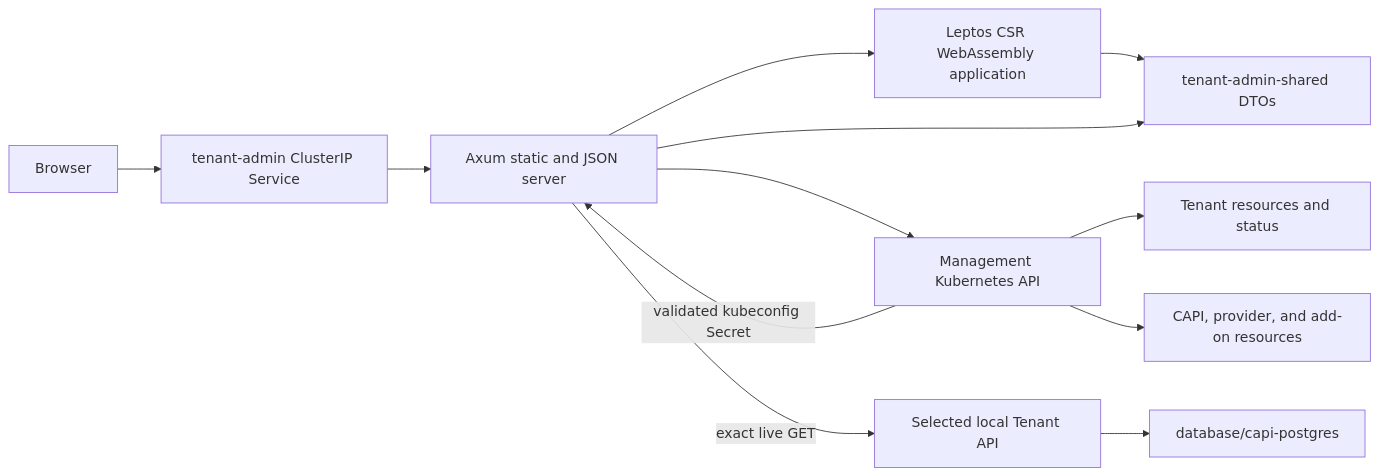
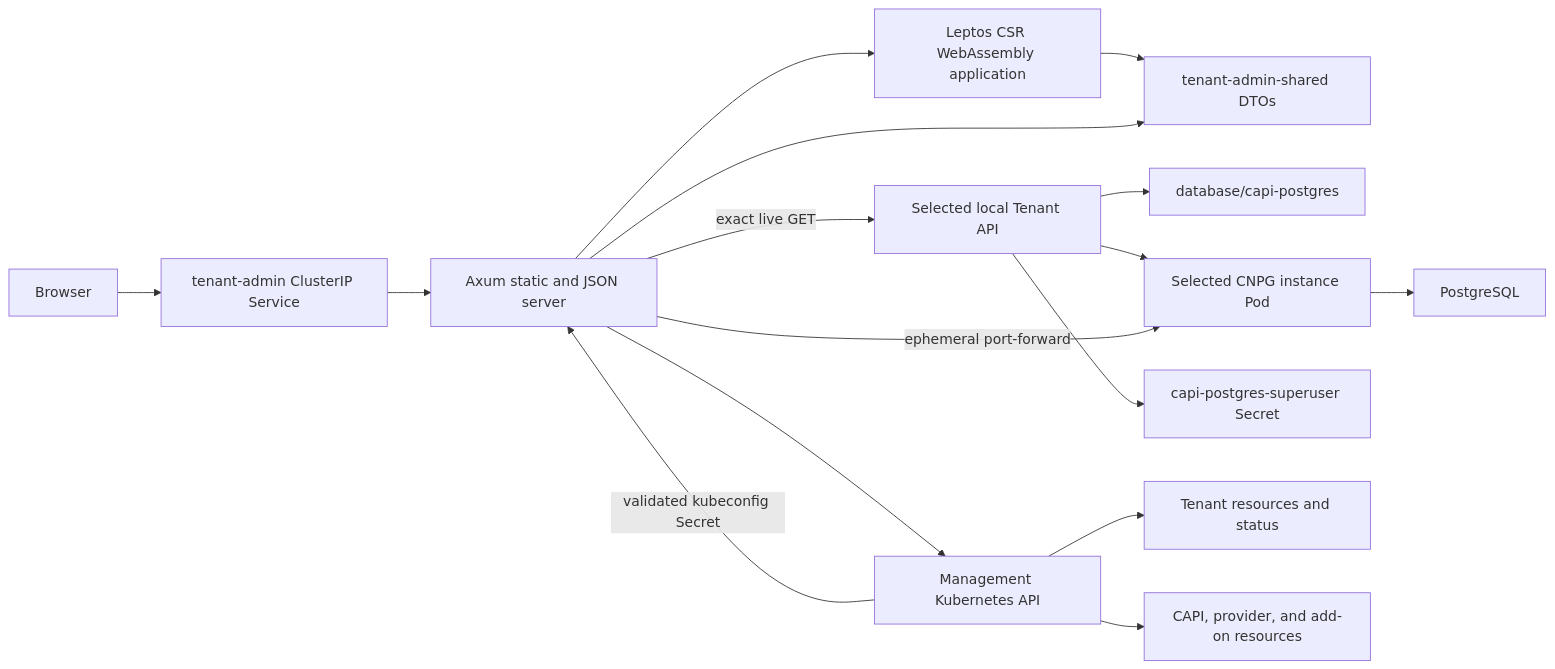
One commit to youyuanwu/cnpg-vcluster changed the diagram in capi/docs/admin-ui-design.md. Above: the diagram before and after it, drawn with Mermaid. The commit also changed other lines of this file and 34 other files, not shown here.

Commit message:
Add unsafe CNPG admin SQL console (#31)

````diff
--- a/capi/docs/admin-ui-design.md
+++ b/capi/docs/admin-ui-design.md
@@ -26,24 +38,30 @@
 ```mermaid
 flowchart LR
   Browser[Browser]
   Service[tenant-admin ClusterIP Service]
   Axum[Axum static and JSON server]
   Leptos[Leptos CSR WebAssembly application]
   DTO[tenant-admin-shared DTOs]
   Kube[Management Kubernetes API]
   TenantAPI[Selected local Tenant API]
   CNPG[database/capi-postgres]
+  Pod[Selected CNPG instance Pod]
+  Secret[capi-postgres-superuser Secret]
+  Postgres[PostgreSQL]
   Tenant[Tenant resources and status]
   Resources[CAPI, provider, and add-on resources]
 
   Browser --> Service --> Axum
   Axum --> Leptos
   Leptos --> DTO
   Axum --> DTO
   Axum --> Kube
   Kube --> Tenant
   Kube --> Resources
   Kube -->|validated kubeconfig Secret| Axum
   Axum -->|exact live GET| TenantAPI
   TenantAPI --> CNPG
+  TenantAPI --> Pod
+  TenantAPI --> Secret
+  Axum -->|ephemeral port-forward| Pod --> Postgres
 ```
````
